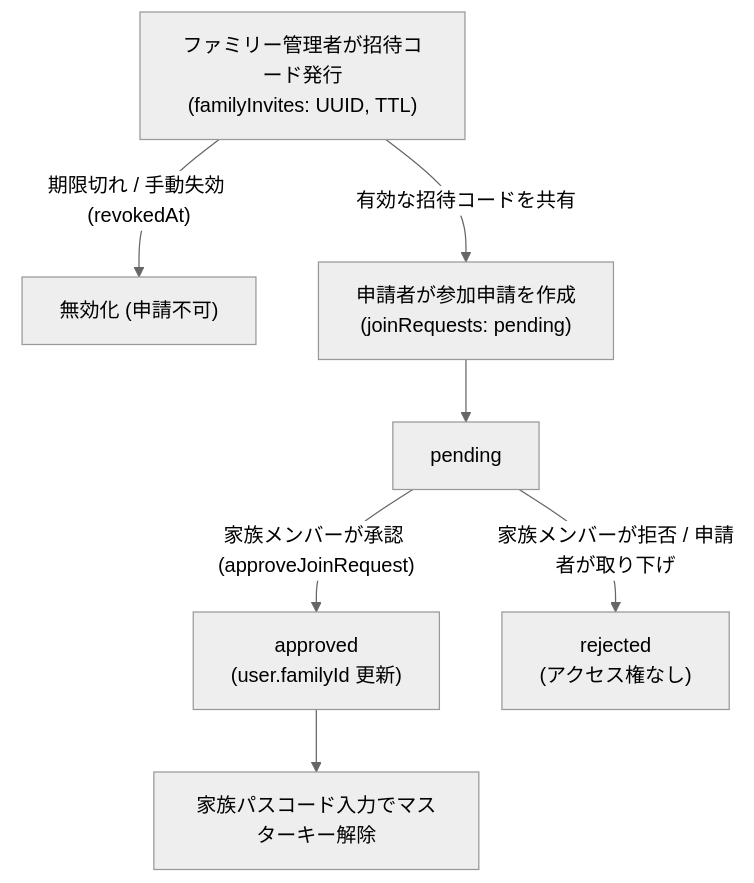
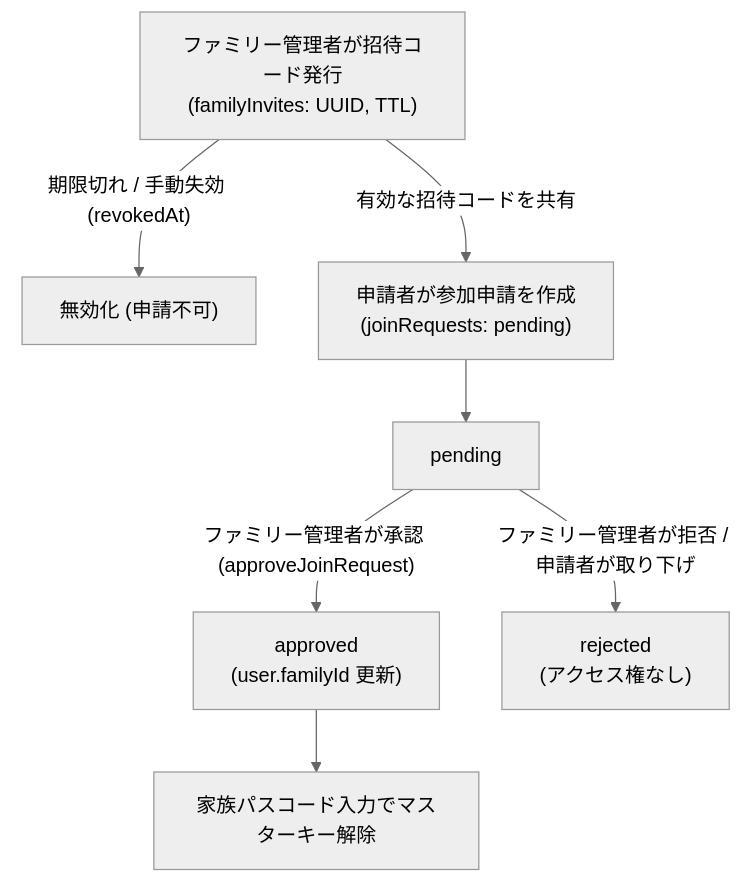
Before and after one commit to luthpg/poohma: the second of 7 diagrams in .ai/domain.md, drawn with Mermaid (neutral theme). The commit also changed other lines of this file and 4 other files, not shown here.

````diff
--- a/.ai/domain.md
+++ b/.ai/domain.md
@@ -38,12 +38,12 @@
 ```mermaid
 flowchart TD
     Issue["ファミリー管理者が招待コード発行<br/>(familyInvites: UUID, TTL)"]
     Issue -->|"期限切れ / 手動失効 (revokedAt)"| Invalid["無効化 (申請不可)"]
     Issue -->|"有効な招待コードを共有"| Apply["申請者が参加申請を作成<br/>(joinRequests: pending)"]
     
     Apply --> Pending["pending"]
-    Pending -->|"家族メンバーが承認 (approveJoinRequest)"| Approved["approved<br/>(user.familyId 更新)"]
-    Pending -->|"家族メンバーが拒否 / 申請者が取り下げ"| Rejected["rejected<br/>(アクセス権なし)"]
+    Pending -->|"ファミリー管理者が承認 (approveJoinRequest)"| Approved["approved<br/>(user.familyId 更新)"]
+    Pending -->|"ファミリー管理者が拒否 / 申請者が取り下げ"| Rejected["rejected<br/>(アクセス権なし)"]
     
     Approved --> Unlock["家族パスコード入力でマスターキー解除"]
 ```
````
